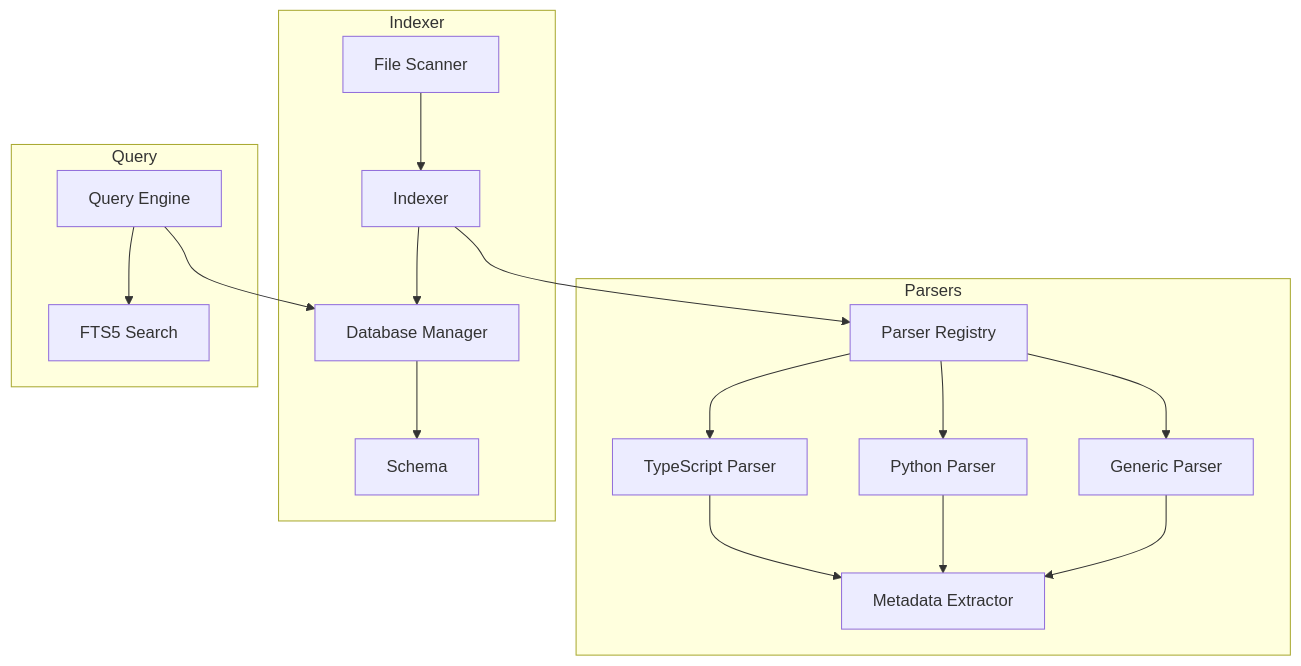
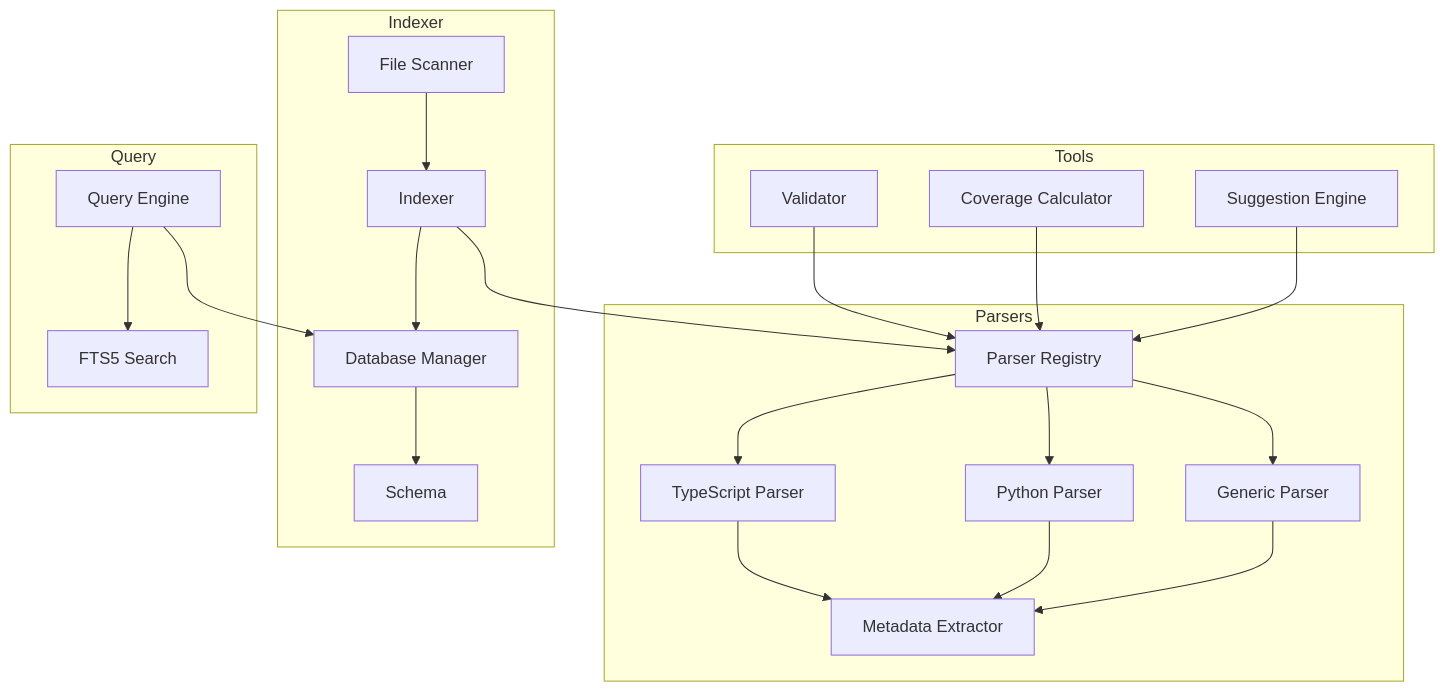
One commit to idosams/know-know changed the diagram in docs/core/README.md. Above: the diagram before and after it, drawn with Mermaid. The commit also changed other lines of this file and 19 other files, not shown here.

First line of the commit message:
docs: add Mermaid diagrams and remove duplicate documentation

````diff
--- a/docs/core/README.md
+++ b/docs/core/README.md
@@ -15,35 +18,44 @@
 ```mermaid
 graph TB
     subgraph Parsers
         TS[TypeScript Parser]
         PY[Python Parser]
         GEN[Generic Parser]
         REG[Parser Registry]
         META[Metadata Extractor]
     end
 
     subgraph Indexer
         SCAN[File Scanner]
         IDX[Indexer]
         DB[Database Manager]
         SCH[Schema]
     end
 
     subgraph Query
         QE[Query Engine]
         FTS[FTS5 Search]
     end
 
+    subgraph Tools
+        VAL[Validator]
+        COV[Coverage Calculator]
+        SUG[Suggestion Engine]
+    end
+
     REG --> TS
     REG --> PY
     REG --> GEN
     TS --> META
     PY --> META
     GEN --> META
     SCAN --> IDX
     IDX --> REG
     IDX --> DB
     DB --> SCH
     QE --> DB
     QE --> FTS
+    VAL --> REG
+    COV --> REG
+    SUG --> REG
 ```
````
